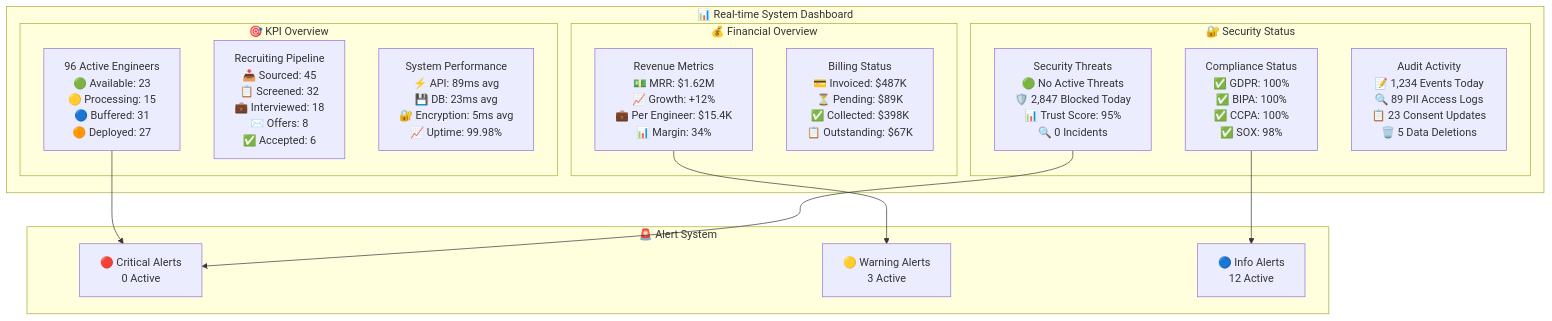
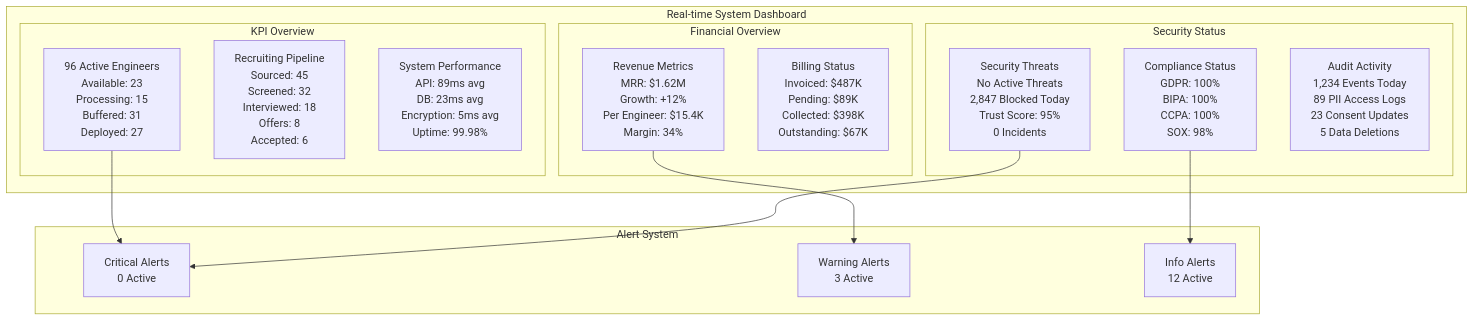
The tenth of 14 diagrams in README.md (financeaiguy/humber-os), drawn with Mermaid before and after one commit. The commit also changed other lines of this file, not shown here.

First line of the commit message:
fix: comprehensive Mermaid diagram emoji cleanup for GitHub compatibility

````diff
--- a/README.md
+++ b/README.md
@@ -968,37 +968,37 @@
 ```mermaid
 graph TB
-    subgraph "📊 Real-time System Dashboard"
-        subgraph "🎯 KPI Overview"
-            ACTIVE_ENG[96 Active Engineers<br/>🟢 Available: 23<br/>🟡 Processing: 15<br/>🔵 Buffered: 31<br/>🟠 Deployed: 27]
+    subgraph "Real-time System Dashboard"
+        subgraph "KPI Overview"
+            ACTIVE_ENG[96 Active Engineers<br/>Available: 23<br/>Processing: 15<br/>Buffered: 31<br/>Deployed: 27]
             
-            PIPELINE[Recruiting Pipeline<br/>📥 Sourced: 45<br/>📋 Screened: 32<br/>💼 Interviewed: 18<br/>✉️ Offers: 8<br/>✅ Accepted: 6]
+            PIPELINE[Recruiting Pipeline<br/>Sourced: 45<br/>Screened: 32<br/>Interviewed: 18<br/>Offers: 8<br/>Accepted: 6]
             
-            PERFORMANCE[System Performance<br/>⚡ API: 89ms avg<br/>💾 DB: 23ms avg<br/>🔐 Encryption: 5ms avg<br/>📈 Uptime: 99.98%]
+            PERFORMANCE[System Performance<br/>API: 89ms avg<br/>DB: 23ms avg<br/>Encryption: 5ms avg<br/>Uptime: 99.98%]
         end
         
-        subgraph "🔐 Security Status"
-            THREATS[Security Threats<br/>🟢 No Active Threats<br/>🛡️ 2,847 Blocked Today<br/>📊 Trust Score: 95%<br/>🔍 0 Incidents]
+        subgraph "Security Status"
+            THREATS[Security Threats<br/>No Active Threats<br/>2,847 Blocked Today<br/>Trust Score: 95%<br/>0 Incidents]
             
-            COMPLIANCE[Compliance Status<br/>✅ GDPR: 100%<br/>✅ BIPA: 100%<br/>✅ CCPA: 100%<br/>✅ SOX: 98%]
+            COMPLIANCE[Compliance Status<br/>GDPR: 100%<br/>BIPA: 100%<br/>CCPA: 100%<br/>SOX: 98%]
             
-            AUDIT[Audit Activity<br/>📝 1,234 Events Today<br/>🔍 89 PII Access Logs<br/>📋 23 Consent Updates<br/>🗑️ 5 Data Deletions]
+            AUDIT[Audit Activity<br/>1,234 Events Today<br/>89 PII Access Logs<br/>23 Consent Updates<br/>5 Data Deletions]
         end
         
-        subgraph "💰 Financial Overview"
-            REVENUE[Revenue Metrics<br/>💵 MRR: $1.62M<br/>📈 Growth: +12%<br/>💼 Per Engineer: $15.4K<br/>📊 Margin: 34%]
+        subgraph "Financial Overview"
+            REVENUE[Revenue Metrics<br/>MRR: $1.62M<br/>Growth: +12%<br/>Per Engineer: $15.4K<br/>Margin: 34%]
             
-            BILLING[Billing Status<br/>💳 Invoiced: $487K<br/>⏳ Pending: $89K<br/>✅ Collected: $398K<br/>📋 Outstanding: $67K]
+            BILLING[Billing Status<br/>Invoiced: $487K<br/>Pending: $89K<br/>Collected: $398K<br/>Outstanding: $67K]
         end
     end
 
-    subgraph "🚨 Alert System"
-        CRITICAL[🔴 Critical Alerts<br/>0 Active]
-        WARNING[🟡 Warning Alerts<br/>3 Active]
-        INFO[🔵 Info Alerts<br/>12 Active]
+    subgraph "Alert System"
+        CRITICAL[Critical Alerts<br/>0 Active]
+        WARNING[Warning Alerts<br/>3 Active]
+        INFO[Info Alerts<br/>12 Active]
     end
 
     ACTIVE_ENG --> CRITICAL
     THREATS --> CRITICAL
     REVENUE --> WARNING
     COMPLIANCE --> INFO
 ```
````
